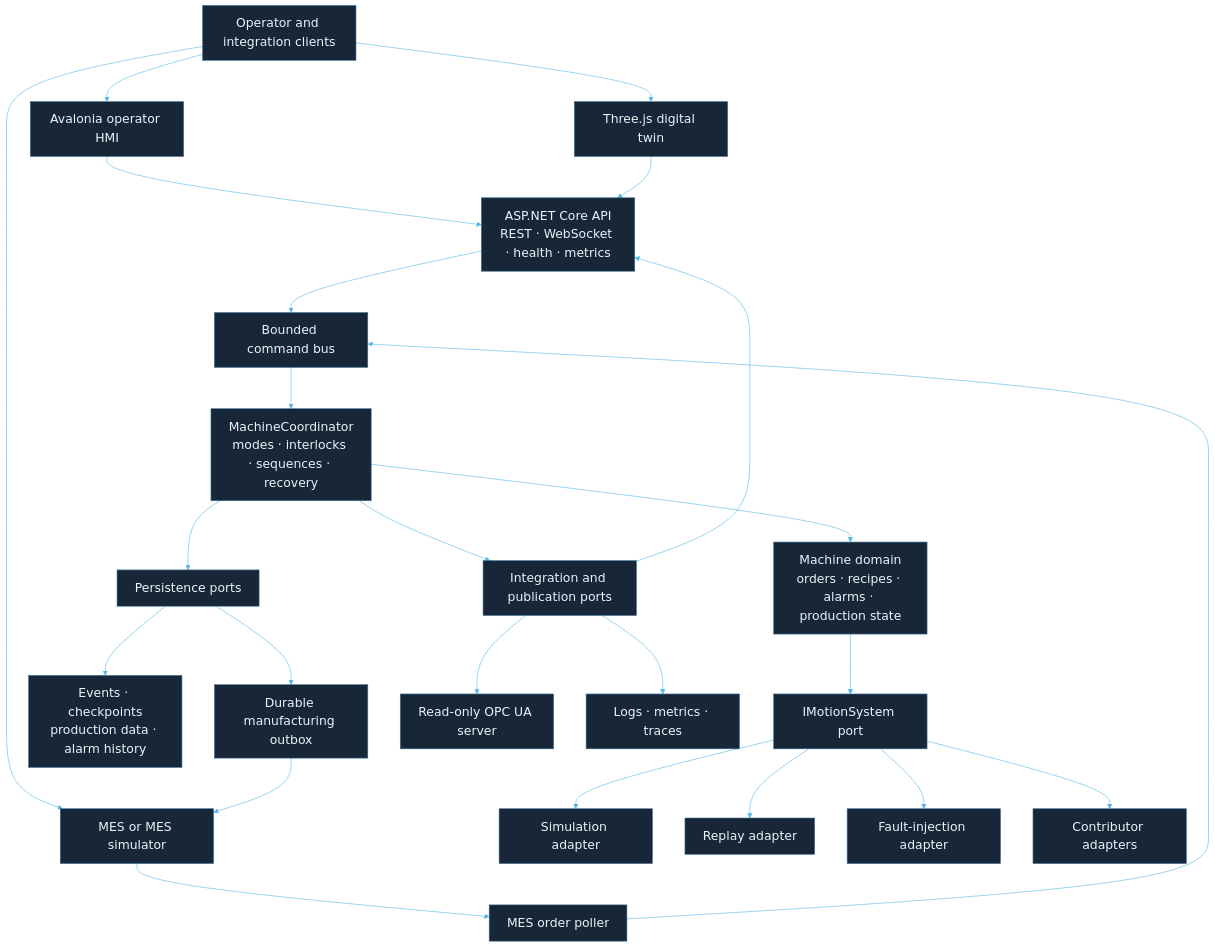
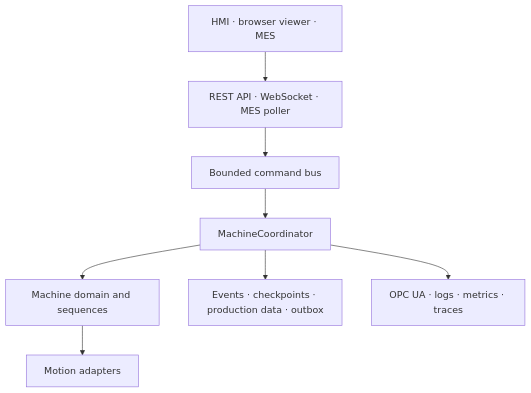
One commit to parthoece/virtual-smart-motion-cell changed the diagram in README.md. Above: the diagram before and after it, drawn with Mermaid. The commit also changed other lines of this file, not shown here.

Commit message:
readme diagram update

````diff
--- a/README.md
+++ b/README.md
@@ -189,84 +205,19 @@
-```mermaid
-%%{
-  init: {
-    "theme": "base",
-    "themeVariables": {
-      "fontSize": "21px",
-      "primaryColor": "#182738",
-      "primaryTextColor": "#eaf3f8",
-      "primaryBorderColor": "#3e739c",
-      "lineColor": "#54b4e8",
-      "secondaryColor": "#182738",
-      "tertiaryColor": "#0b121b"
-    },
-    "flowchart": {
-      "useMaxWidth": true,
-      "htmlLabels": true,
-      "nodeSpacing": 55,
-      "rankSpacing": 70,
-      "diagramPadding": 16,
-      "curve": "basis"
-    }
-  }
-}%%
+```mermaid id="c32n2u"
+flowchart TB
+    Clients["HMI · browser viewer · MES"]
+    Edge["REST API · WebSocket · MES poller"]
+    Bus["Bounded command bus"]
+    Core["MachineCoordinator"]
+    Domain["Machine domain and sequences"]
+    Motion["Motion adapters"]
+    Data["Events · checkpoints · production data · outbox"]
+    Services["OPC UA · logs · metrics · traces"]
 
-flowchart TB
-    Clients["Operator and integration clients"]
-
-    HMI["Avalonia operator HMI"]
-    Twin["Three.js digital twin"]
-    MES["MES or MES simulator"]
-
-    API["ASP.NET Core API<br/>REST · WebSocket · health · metrics"]
-    Poller["MES order poller"]
-    Bus["Bounded command bus"]
-
-    Coordinator["MachineCoordinator<br/>modes · interlocks · sequences · recovery"]
-    Domain["Machine domain<br/>orders · recipes · alarms · production state"]
-
-    MotionPort["IMotionSystem port"]
-    Persistence["Persistence ports"]
-    Integration["Integration and publication ports"]
-
-    Sim["Simulation adapter"]
-    Replay["Replay adapter"]
-    Fault["Fault-injection adapter"]
-    Extension["Contributor adapters"]
-
-    Stores["Events · checkpoints<br/>production data · alarm history"]
-    Outbox["Durable manufacturing outbox"]
-
-    OPC["Read-only OPC UA server"]
-    Telemetry["Logs · metrics · traces"]
-
-    Clients --> HMI
-    Clients --> Twin
-    Clients --> MES
-
-    HMI --> API
-    Twin --> API
-    MES --> Poller
-
-    API --> Bus
-    Poller --> Bus
-
-    Bus --> Coordinator
-    Coordinator --> Domain
-
-    Domain --> MotionPort
-    Coordinator --> Persistence
-    Coordinator --> Integration
-
-    MotionPort --> Sim
-    MotionPort --> Replay
-    MotionPort --> Fault
-    MotionPort --> Extension
-
-    Persistence --> Stores
-    Persistence --> Outbox
-    Outbox --> MES
-
-    Integration --> API
-    Integration --> OPC
-    Integration --> Telemetry
+    Clients --> Edge
+    Edge --> Bus
+    Bus --> Core
+    Core --> Domain
+    Domain --> Motion
+    Core --> Data
+    Core --> Services
 ```
````
